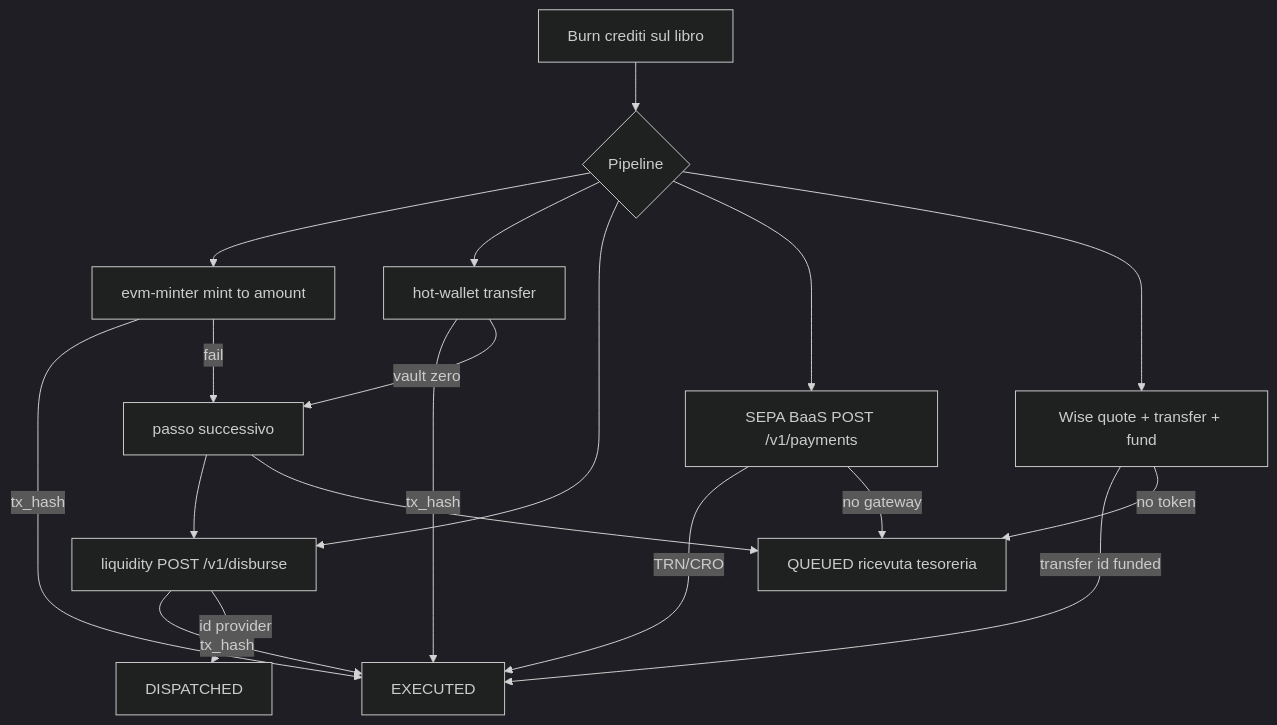
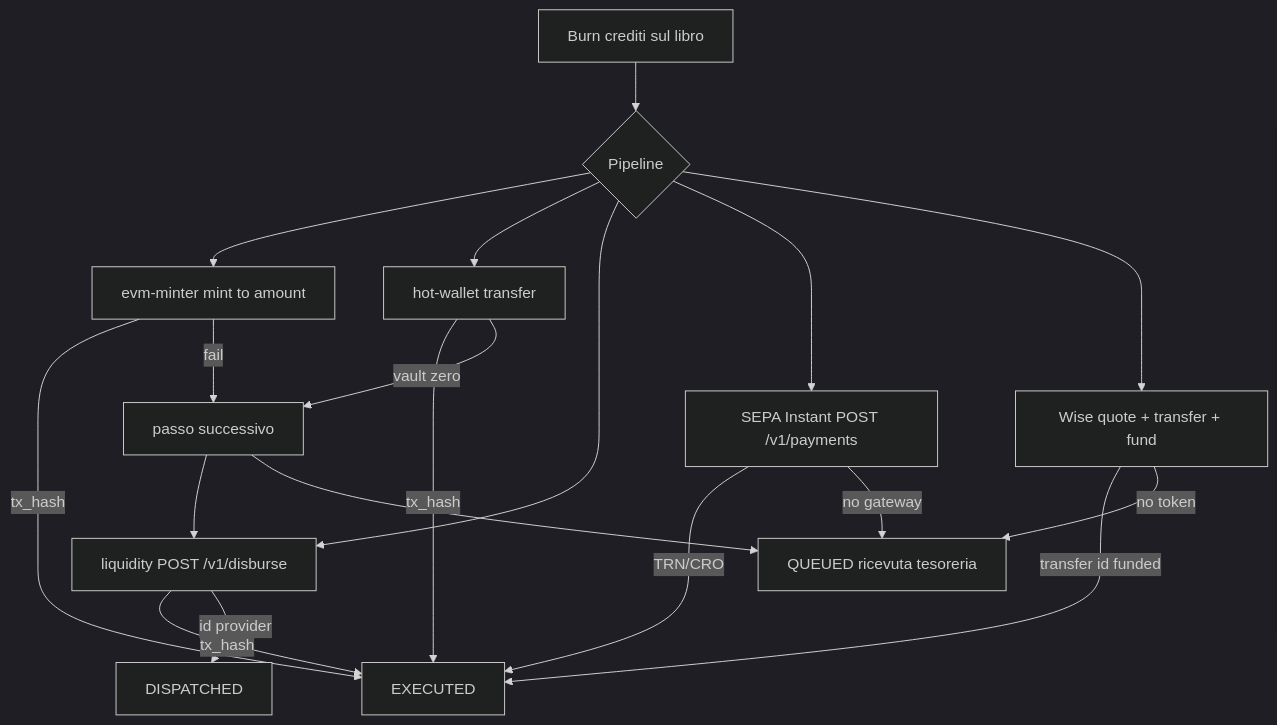
One commit to massimofornara/zecca changed the diagram in docs/pipeline-settlement.md. Above: the diagram before and after it, drawn with Mermaid (dark theme). The commit also changed other lines of this file and 17 other files, not shown here.

````diff
--- a/docs/pipeline-settlement.md
+++ b/docs/pipeline-settlement.md
@@ -5,21 +5,21 @@
 ```mermaid
 flowchart TD
   burn[Burn crediti sul libro] --> pipe{Pipeline}
   pipe --> mint[evm-minter mint to amount]
   pipe --> hot[hot-wallet transfer]
   pipe --> lp[liquidity POST /v1/disburse]
-  pipe --> sepa[SEPA BaaS POST /v1/payments]
+  pipe --> sepa[SEPA Instant POST /v1/payments]
   pipe --> wise[Wise quote + transfer + fund]
   mint -->|tx_hash| executed[EXECUTED]
   hot -->|tx_hash| executed
   lp -->|tx_hash| executed
   lp -->|id provider| dispatched[DISPATCHED]
   sepa -->|TRN/CRO| executed
   wise -->|transfer id funded| executed
   mint -->|fail| next1[passo successivo]
   hot -->|vault zero| next1
   next1 --> lp
   next1 --> queued[QUEUED ricevuta tesoreria]
   sepa -->|no gateway| queued
   wise -->|no token| queued
 ```
````
